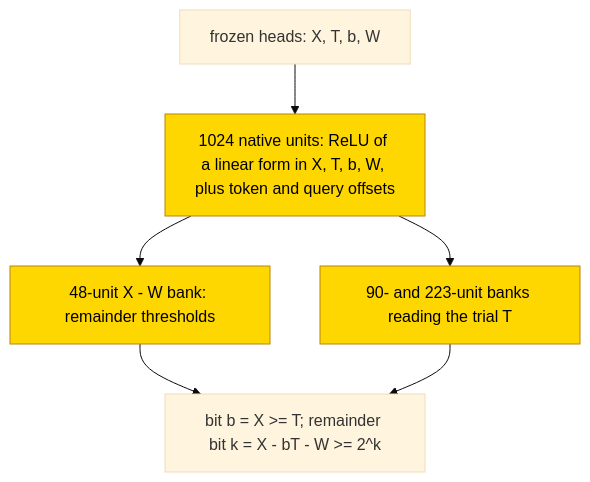
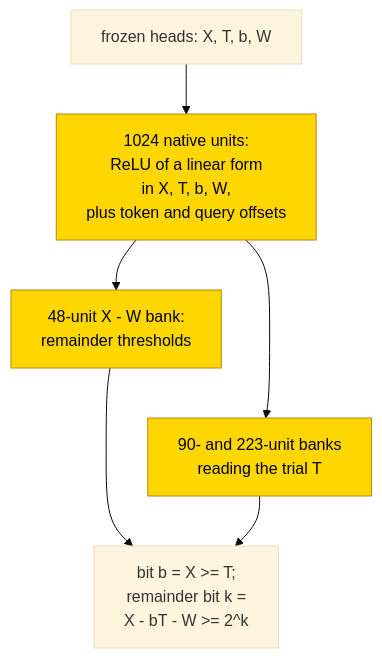
One commit to jc1122/mechanistic-interpretability-circuit-atlas changed the second of 2 diagrams in entries/long-division-square-root.md. Above: the diagram before and after it, drawn with Mermaid (base theme). The commit also changed other lines of this file and 40 other files, not shown here.

First line of the commit message:
Cold-reader pass on all 41 entries: reading routes, first-screen scopes, accessible diagrams, verified headline sources (ux_reader1/2)

````diff
--- a/entries/long-division-square-root.md
+++ b/entries/long-division-square-root.md
@@ -238,10 +235,14 @@
 ```mermaid
 flowchart TD
-    R["frozen heads: X, T, b, W"] --> U["1024 native units: ReLU of a linear form in X, T, b, W, plus token and query offsets"]
-    U --> XW["48-unit X - W bank: remainder thresholds"]
-    U --> TB["90- and 223-unit banks reading the trial T"]
-    XW --> O["bit b = X >= T; remainder bit k = X - bT - W >= 2^k"]
+    accTitle: Learned compare-and-subtract neuron banks
+    accDescr: Trained native units retain token and step offsets and feed working-value and threshold banks. Hand-built substitution can repair errors; the formula is partial and the complement was not tested.
+    R["frozen heads: X, T, b, W"] --> U["1024 native units:<br/>ReLU of a linear form<br/>in X, T, b, W,<br/>plus token and query offsets"]
+    U --> XW["48-unit X - W bank:<br/>remainder thresholds"]
+    U --> TB["90- and 223-unit banks<br/>reading the trial T"]
+    XW --> O["bit b = X >= T;<br/>remainder bit k =<br/>X - bT - W >= 2^k"]
     TB --> O
+    %% Invisible link stacks parallel banks; it is not a computational path.
+    XW ~~~ TB
     classDef trained fill:gold,stroke:darkgoldenrod,color:black
     class U,XW,TB trained
 ```
````
